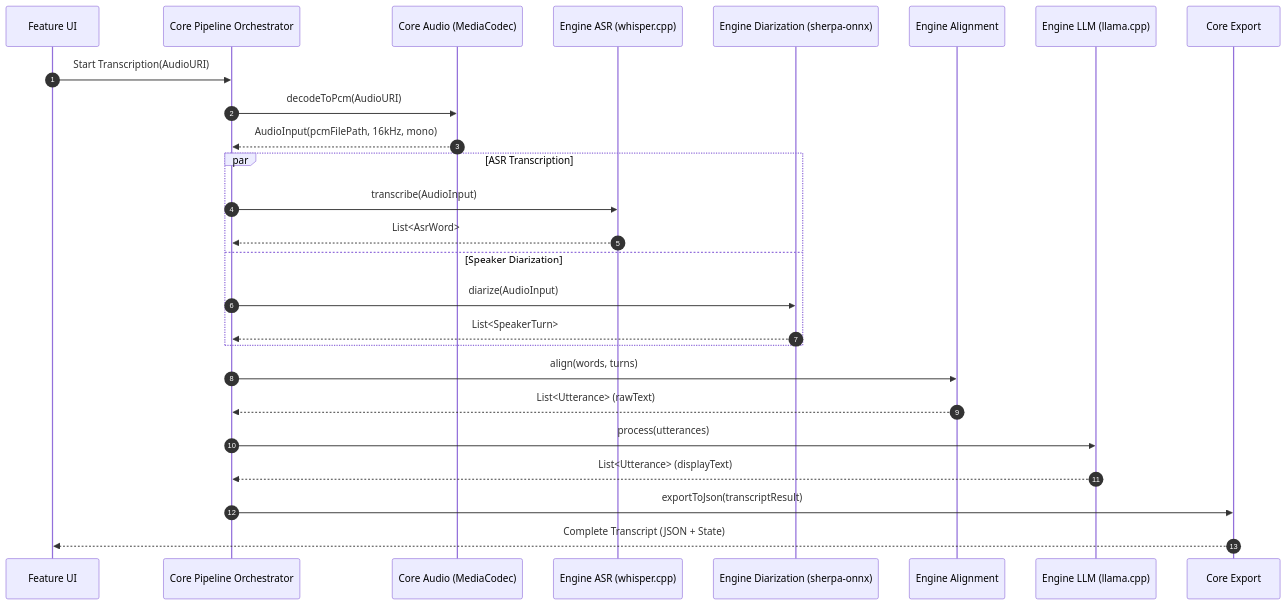
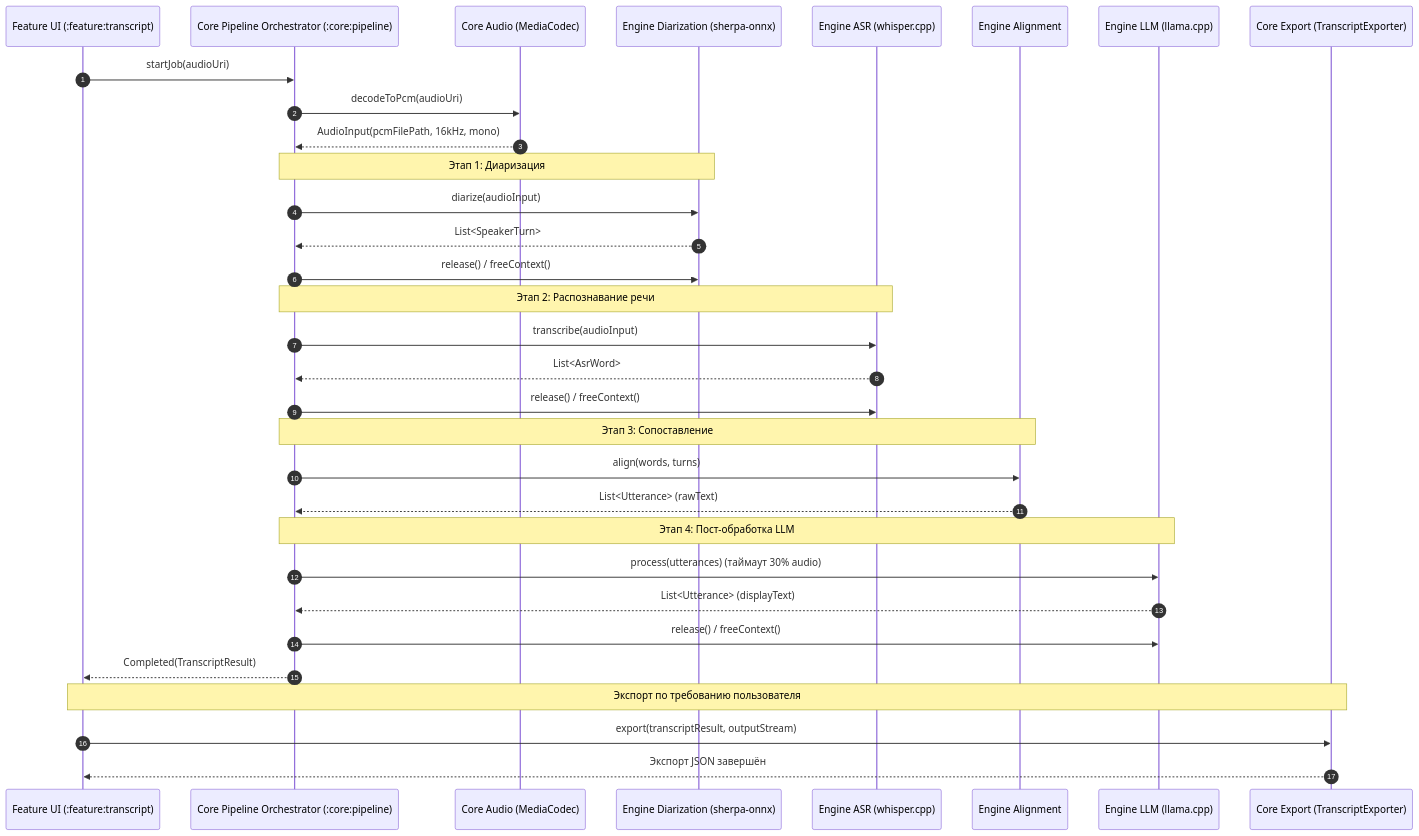
One commit to ikeepthatjuice/hackaton_mifi_sokolovklum changed the second of 3 diagrams in docs/ARCHITECTURE.md. Above: the diagram before and after it, drawn with Mermaid. The commit also changed other lines of this file, not shown here.

Commit message:
docs(ml): refine ARCHITECTURE.md with sequential pipeline, exact hashes, A51 RAM metrics and LLM budget

````diff
--- a/docs/ARCHITECTURE.md
+++ b/docs/ARCHITECTURE.md
@@ -40,33 +47,41 @@
 ```mermaid
 sequenceDiagram
     autonumber
-    participant UI as Feature UI
-    participant Pipe as Core Pipeline Orchestrator
+    participant UI as Feature UI (:feature:transcript)
+    participant Pipe as Core Pipeline Orchestrator (:core:pipeline)
     participant Audio as Core Audio (MediaCodec)
+    participant Diar as Engine Diarization (sherpa-onnx)
     participant ASR as Engine ASR (whisper.cpp)
-    participant Diar as Engine Diarization (sherpa-onnx)
     participant Align as Engine Alignment
     participant LLM as Engine LLM (llama.cpp)
-    participant Export as Core Export
+    participant Export as Core Export (TranscriptExporter)
 
-    UI->>Pipe: Start Transcription(AudioURI)
-    Pipe->>Audio: decodeToPcm(AudioURI)
+    UI->>Pipe: startJob(audioUri)
+    Pipe->>Audio: decodeToPcm(audioUri)
     Audio-->>Pipe: AudioInput(pcmFilePath, 16kHz, mono)
-    
-    par ASR Transcription
-        Pipe->>ASR: transcribe(AudioInput)
-        ASR-->>Pipe: List<AsrWord>
-    and Speaker Diarization
-        Pipe->>Diar: diarize(AudioInput)
-        Diar-->>Pipe: List<SpeakerTurn>
-    end
 
+    Note over Pipe,Diar: Этап 1: Диаризация
+    Pipe->>Diar: diarize(audioInput)
+    Diar-->>Pipe: List<SpeakerTurn>
+    Pipe->>Diar: release() / freeContext()
+
+    Note over Pipe,ASR: Этап 2: Распознавание речи
+    Pipe->>ASR: transcribe(audioInput)
+    ASR-->>Pipe: List<AsrWord>
+    Pipe->>ASR: release() / freeContext()
+
+    Note over Pipe,Align: Этап 3: Сопоставление
     Pipe->>Align: align(words, turns)
     Align-->>Pipe: List<Utterance> (rawText)
 
-    Pipe->>LLM: process(utterances)
+    Note over Pipe,LLM: Этап 4: Пост-обработка LLM
+    Pipe->>LLM: process(utterances) (таймаут 30% audio)
     LLM-->>Pipe: List<Utterance> (displayText)
+    Pipe->>LLM: release() / freeContext()
 
-    Pipe->>Export: exportToJson(transcriptResult)
-    Export-->>UI: Complete Transcript (JSON + State)
+    Pipe-->>UI: Completed(TranscriptResult)
+
+    Note over UI,Export: Экспорт по требованию пользователя
+    UI->>Export: export(transcriptResult, outputStream)
+    Export-->>UI: Экспорт JSON завершён
 ```
````
